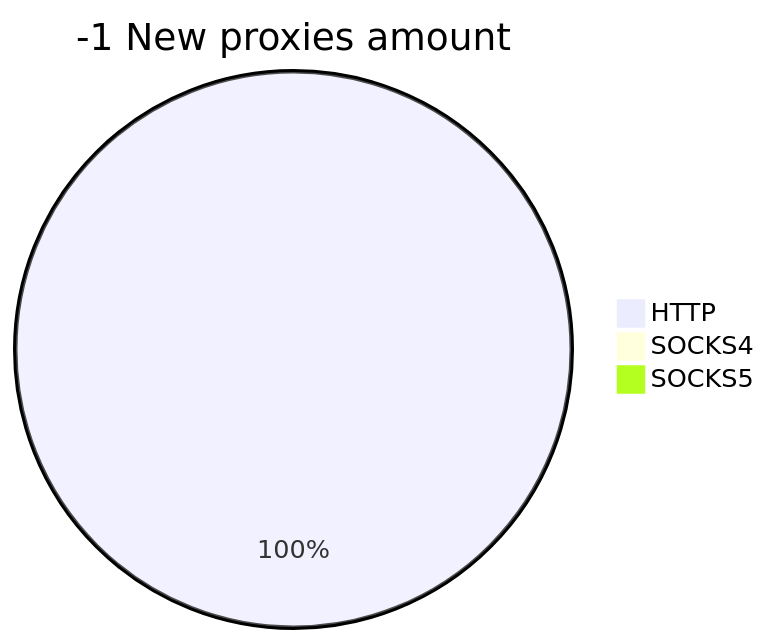
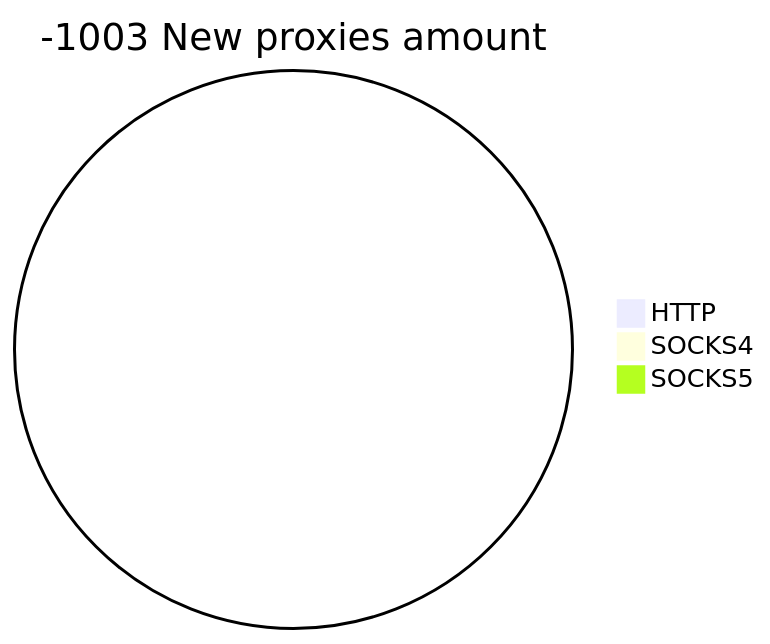
One commit to cutipu/proxylist changed the second of 2 diagrams in README.md. Above: the diagram before and after it, drawn with Mermaid. The commit also changed other lines of this file, not shown here.

````diff
--- a/README.md
+++ b/README.md
@@ -10,6 +10,6 @@
 ```mermaid
-pie title -1 New proxies amount
-    "HTTP" : 1
+pie title -1003 New proxies amount
+    "HTTP" : 0
     "SOCKS4" : 0
     "SOCKS5" : 0
 ```
````
